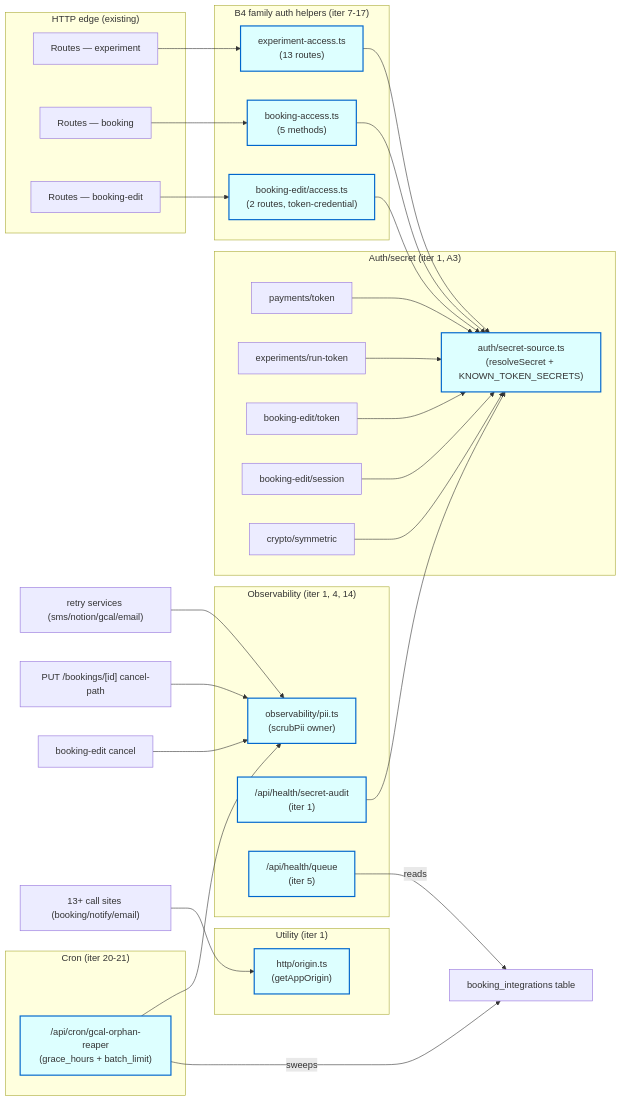
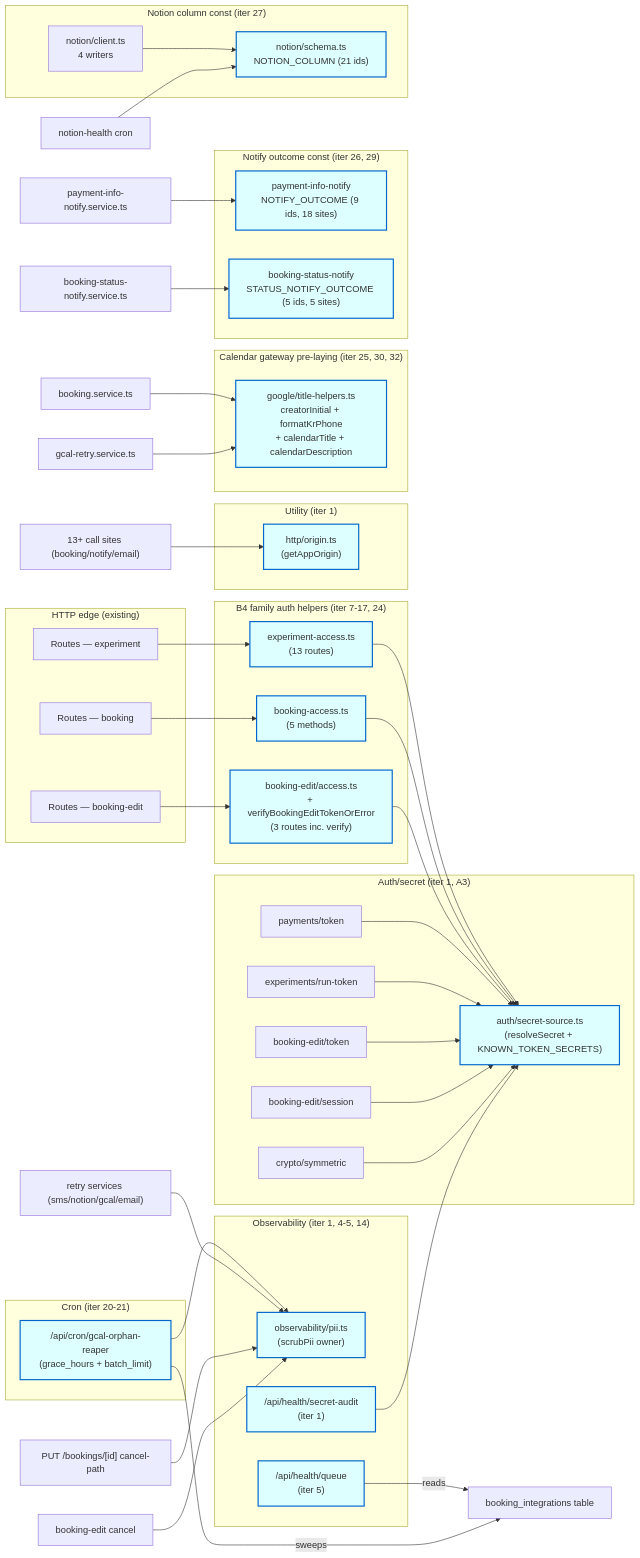
One commit to CSNL-vnilab/Exp_Platform_by_Joonoh changed the second of 2 diagrams in docs/architecture/subsystems.md. Above: the diagram before and after it, drawn with Mermaid. The commit also changed other lines of this file, not shown here.

First paragraph of the commit message:
docs: subsystems.md mermaid — extend with iter 22-32 modules + const objects
Autonomous loop iteration 34 — doc-only. iter 22 first laid down the
auto-loop additions mermaid covering iter 1-21; this commit extends it
through iter 32 so the visual stays a single source of truth.

````diff
--- a/docs/architecture/subsystems.md
+++ b/docs/architecture/subsystems.md
@@ -288,13 +288,13 @@
     REE[Routes — booking-edit]
   end
 
-  subgraph "B4 family auth helpers (iter 7-17)"
+  subgraph "B4 family auth helpers (iter 7-17, 24)"
     EA["experiment-access.ts<br/>(13 routes)"]:::added
     BA["booking-access.ts<br/>(5 methods)"]:::added
-    BEA["booking-edit/access.ts<br/>(2 routes, token-credential)"]:::added
+    BEA["booking-edit/access.ts<br/>+ verifyBookingEditTokenOrError<br/>(3 routes inc. verify)"]:::added
   end
 
-  subgraph "Observability (iter 1, 4, 14)"
+  subgraph "Observability (iter 1, 4-5, 14)"
     PII["observability/pii.ts<br/>(scrubPii owner)"]:::added
     HSA["/api/health/secret-audit<br/>(iter 1)"]:::added
     HQ["/api/health/queue<br/>(iter 5)"]:::added
@@ -315,6 +315,20 @@
 
   subgraph "Cron (iter 20-21)"
     GOR["/api/cron/gcal-orphan-reaper<br/>(grace_hours + batch_limit)"]:::added
+  end
+
+  subgraph "Calendar gateway pre-laying (iter 25, 30, 32)"
+    TH["google/title-helpers.ts<br/>creatorInitial + formatKrPhone<br/>+ calendarTitle + calendarDescription"]:::added
+  end
+
+  subgraph "Notify outcome const (iter 26, 29)"
+    NOX["payment-info-notify<br/>NOTIFY_OUTCOME (9 ids, 18 sites)"]:::added
+    SNOX["booking-status-notify<br/>STATUS_NOTIFY_OUTCOME (5 ids, 5 sites)"]:::added
+  end
+
+  subgraph "Notion column const (iter 27)"
+    NCC["notion/schema.ts<br/>NOTION_COLUMN (21 ids)"]:::added
+    NCL[notion/client.ts<br/>4 writers]
   end
 
   RE --> EA
@@ -342,5 +356,14 @@
 
   Many["13+ call sites (booking/notify/email)"] --> ORI
 
+  BS["booking.service.ts"] --> TH
+  GR["gcal-retry.service.ts"] --> TH
+
+  NCL --> NCC
+  CRON_HEALTH["notion-health cron"] --> NCC
+
+  PINotify["payment-info-notify.service.ts"] --> NOX
+  BSNotify["booking-status-notify.service.ts"] --> SNOX
+
   classDef added fill:#dff,stroke:#06c,stroke-width:2px;
 ```
````
